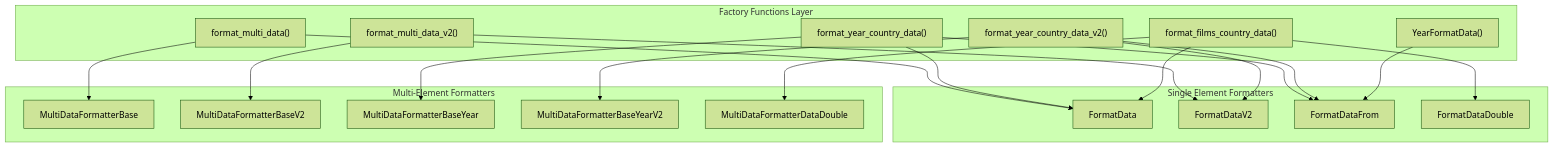
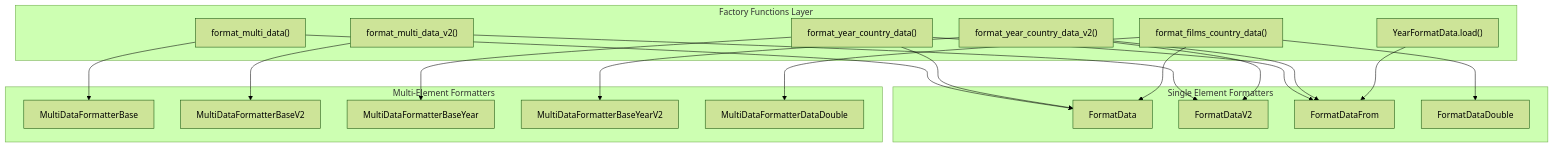
One commit to ArWikiCats/ArWikiCats changed the first of 2 diagrams in docs/deepwiki/27.Factory-Functions-and-Usage.md. Above: the diagram before and after it, drawn with Mermaid (forest theme). The commit also changed other lines of this file and 10 other files, not shown here.

````diff
--- a/docs/deepwiki/27.Factory-Functions-and-Usage.md
+++ b/docs/deepwiki/27.Factory-Functions-and-Usage.md
@@ -62,58 +62,58 @@
 ```mermaid
 flowchart TD
 
 FMD["format_multi_data()"]
 FMD2["format_multi_data_v2()"]
 FYC["format_year_country_data()"]
 FYC2["format_year_country_data_v2()"]
 FFC["format_films_country_data()"]
-YFD["YearFormatData()"]
+YFD["YearFormatData.load()"]
 FD["FormatData"]
 FD2["FormatDataV2"]
 FDF["FormatDataFrom"]
 FDD["FormatDataDouble"]
 MDB["MultiDataFormatterBase"]
 MDB2["MultiDataFormatterBaseV2"]
 MDBY["MultiDataFormatterBaseYear"]
 MDBY2["MultiDataFormatterBaseYearV2"]
 MDDD["MultiDataFormatterDataDouble"]
 
 FMD --> FD
 FMD --> MDB
 FMD2 --> FD2
 FMD2 --> MDB2
 FYC --> FD
 FYC --> FDF
 FYC --> MDBY
 FYC2 --> FD2
 FYC2 --> FDF
 FYC2 --> MDBY2
 FFC --> FD
 FFC --> FDD
 FFC --> MDDD
 YFD --> FDF
 
 subgraph subGraph2 ["Multi-Element Formatters"]
     MDB
     MDB2
     MDBY
     MDBY2
     MDDD
 end
 
 subgraph subGraph1 ["Single Element Formatters"]
     FD
     FD2
     FDF
     FDD
 end
 
 subgraph subGraph0 ["Factory Functions Layer"]
     FMD
     FMD2
     FYC
     FYC2
     FFC
     YFD
 end
 ```
````
